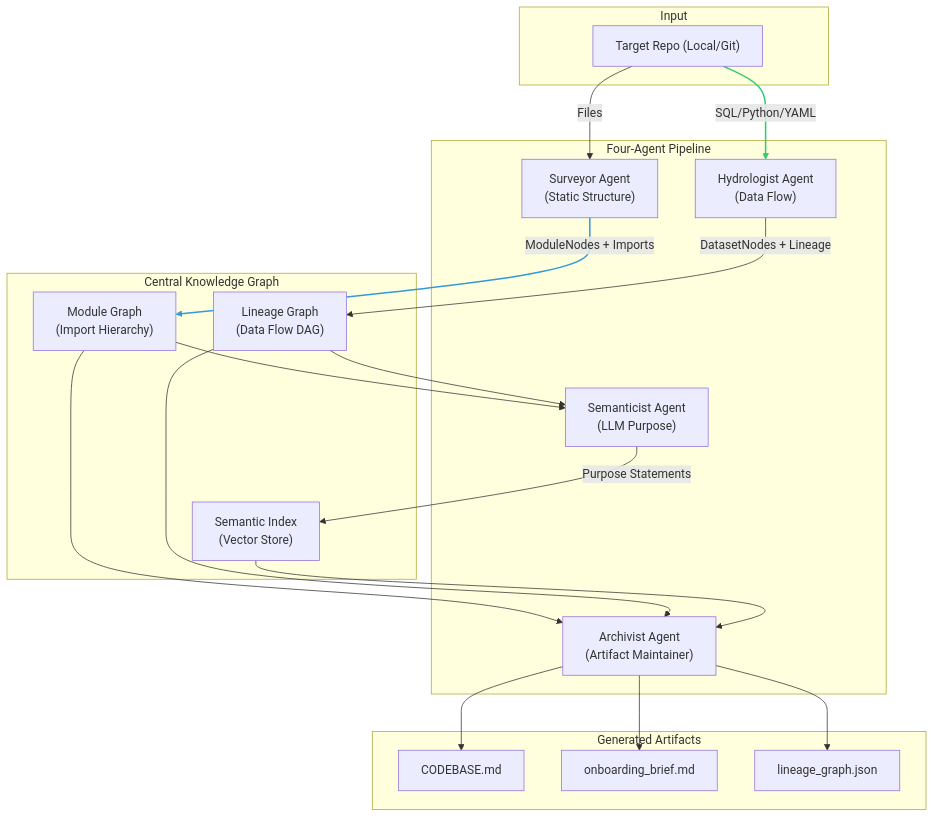
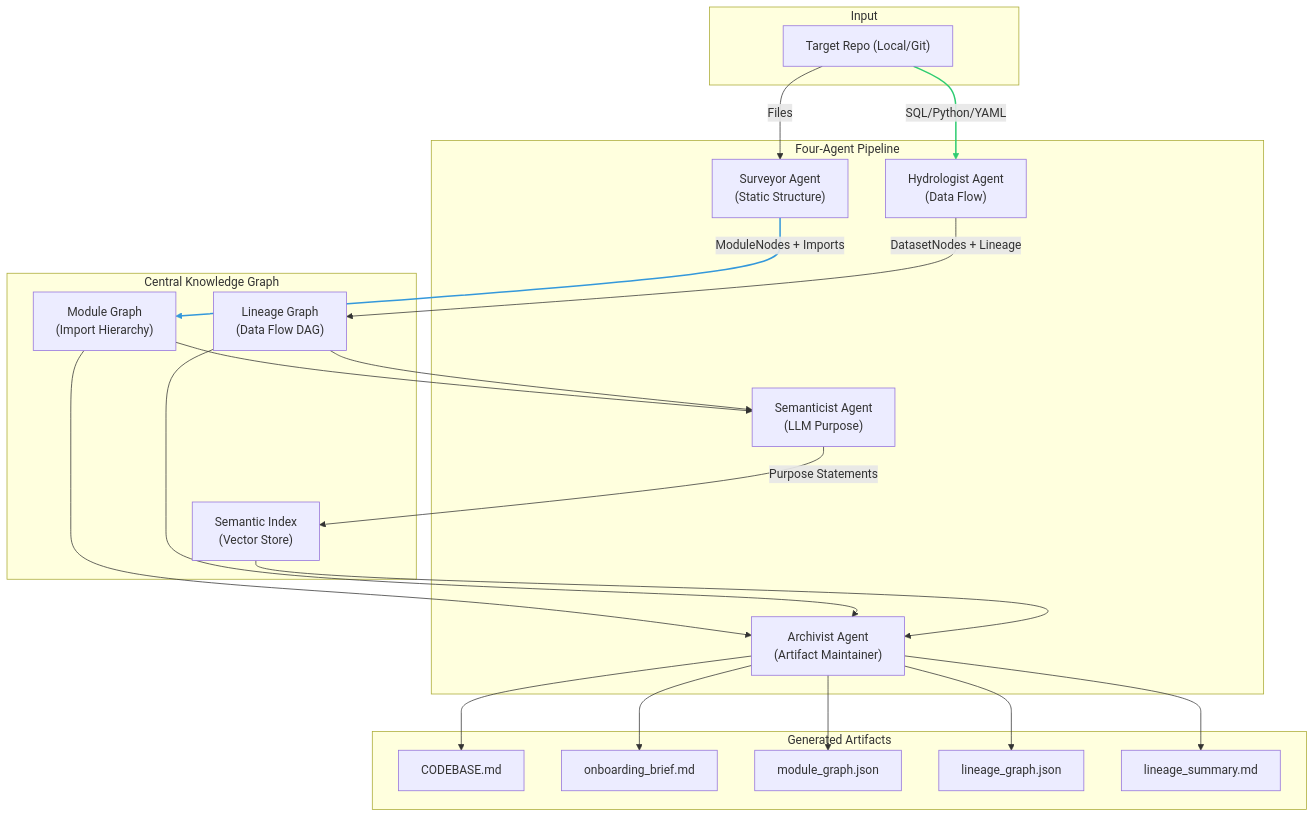
The diagram in REPORT.md (Natnael-Alemseged/brownfield-cartographer), drawn with Mermaid before and after one commit. The commit also changed other lines of this file, not shown here.

````diff
--- a/REPORT.md
+++ b/REPORT.md
@@ -51,43 +51,47 @@
 ```mermaid
 flowchart TD
     subgraph Input
         Repo["Target Repo (Local/Git)"]
     end
 
     subgraph Agents ["Four-Agent Pipeline"]
         Surveyor["Surveyor Agent<br/>(Static Structure)"]
         Hydrologist["Hydrologist Agent<br/>(Data Flow)"]
         Semanticist["Semanticist Agent<br/>(LLM Purpose)"]
         Archivist["Archivist Agent<br/>(Artifact Maintainer)"]
     end
 
     subgraph KG ["Central Knowledge Graph"]
         MG["Module Graph<br/>(Import Hierarchy)"]
         LG["Lineage Graph<br/>(Data Flow DAG)"]
         VS["Semantic Index<br/>(Vector Store)"]
     end
 
     subgraph Output ["Generated Artifacts"]
         CM["CODEBASE.md"]
         OB["onboarding_brief.md"]
-        LJ["lineage_graph.json"]
+        MGJ["module_graph.json"]
+        LGJ["lineage_graph.json"]
+        LSM["lineage_summary.md"]
     end
 
     Repo -->|Files| Surveyor
     Repo -->|SQL/Python/YAML| Hydrologist
 
     Surveyor -->|ModuleNodes + Imports| MG
     Hydrologist -->|DatasetNodes + Lineage| LG
 
     MG & LG --> Semanticist
     Semanticist -->|Purpose Statements| VS
 
     MG & LG & VS --> Archivist
     Archivist --> CM
     Archivist --> OB
-    Archivist --> LJ
+    Archivist --> MGJ
+    Archivist --> LGJ
+    Archivist --> LSM
 
     %% Data Flow Types
     linkStyle 1 stroke:#2ecc71,stroke-width:2px;
     linkStyle 2 stroke:#3498db,stroke-width:2px;
 ```
````
